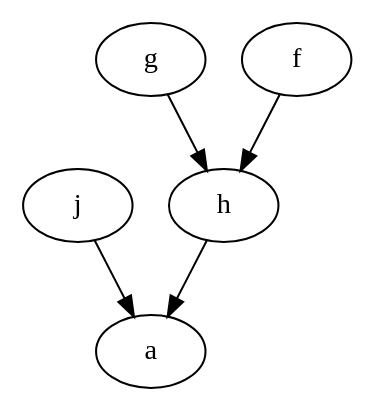
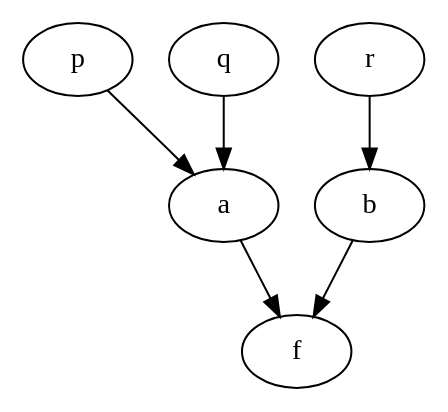
One commit to mikedecr/blog_fp_basics changed the second of 2 diagrams in index.qmd. Above: the diagram before and after it, drawn with Graphviz. The commit also changed other lines of this file, not shown here.

Commit message:
modest revisions esp to tree analogy

````diff
--- a/index.qmd
+++ b/index.qmd
@@ -150,10 +140,12 @@
 ```{dot}
 #| fig-align: center
+#| label: fig-tree-1
 digraph F {
     layout=dot
-    j -> a;
-    h -> a;
-    g -> h;
-    f -> h;
+    b -> f
+    a -> f
+    p -> a
+    q -> a
+    r -> b
 }
 ```
````
